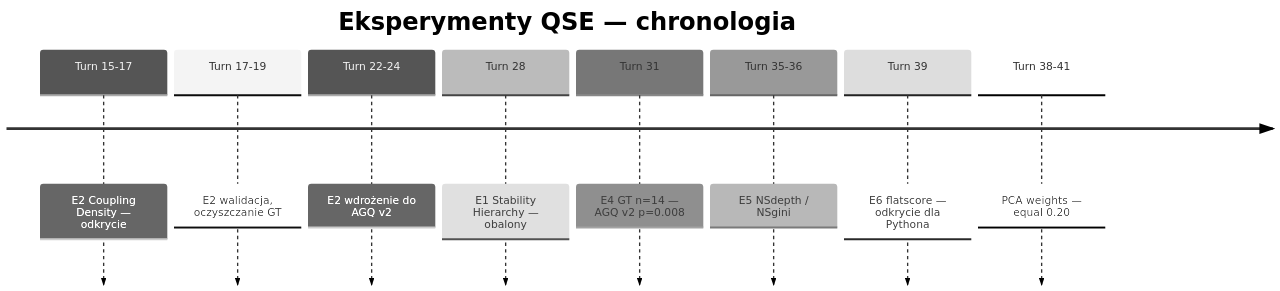
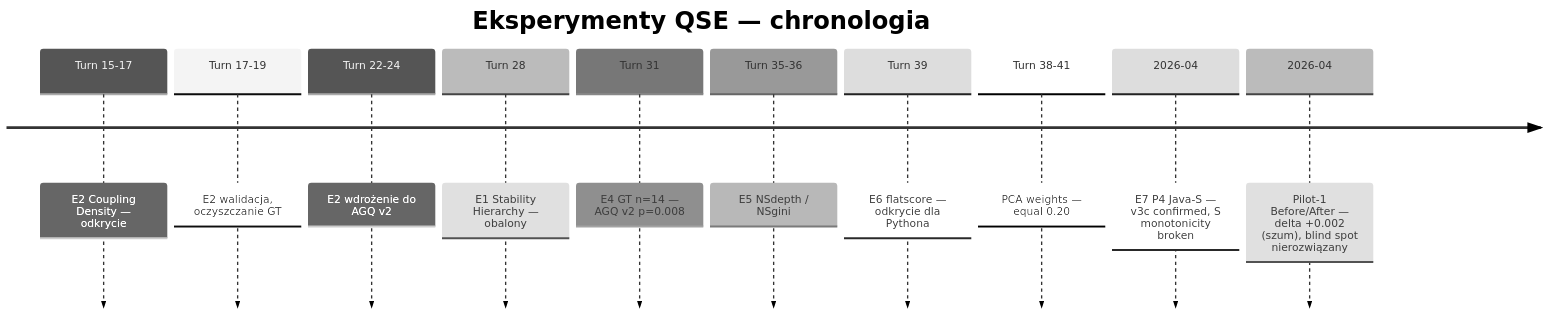
One commit to PiotrGry/qse-pkg changed the first of 2 diagrams in docs/qse-wiki/05 Experiments/Experiments Index.md. Above: the diagram before and after it, drawn with Mermaid (neutral theme). The commit also changed other lines of this file and 9 other files, not shown here.

````diff
--- a/docs/qse-wiki/05 Experiments/Experiments Index.md
+++ b/docs/qse-wiki/05 Experiments/Experiments Index.md
@@ -30,12 +32,14 @@
 ```mermaid
 timeline
     title Eksperymenty QSE — chronologia
     Turn 15-17 : E2 Coupling Density — odkrycie
     Turn 17-19 : E2 walidacja, oczyszczanie GT
     Turn 22-24 : E2 wdrożenie do AGQ v2
     Turn 28 : E1 Stability Hierarchy — obalony
     Turn 31 : E4 GT n=14 — AGQ v2 p=0.008
     Turn 35-36 : E5 NSdepth / NSgini
     Turn 39 : E6 flatscore — odkrycie dla Pythona
     Turn 38-41 : PCA weights — equal 0.20
+    2026-04 : E7 P4 Java-S — v3c confirmed, S monotonicity broken
+    2026-04 : Pilot-1 Before/After — delta +0.002 (szum), blind spot nierozwiązany
 ```
````
